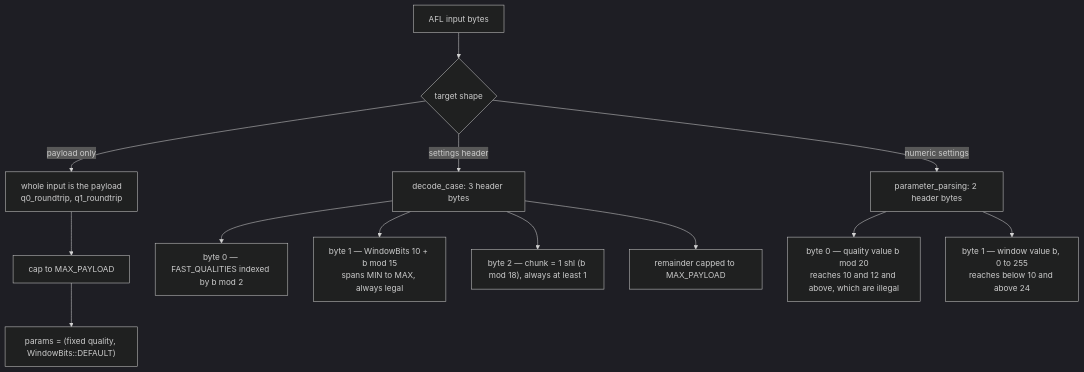
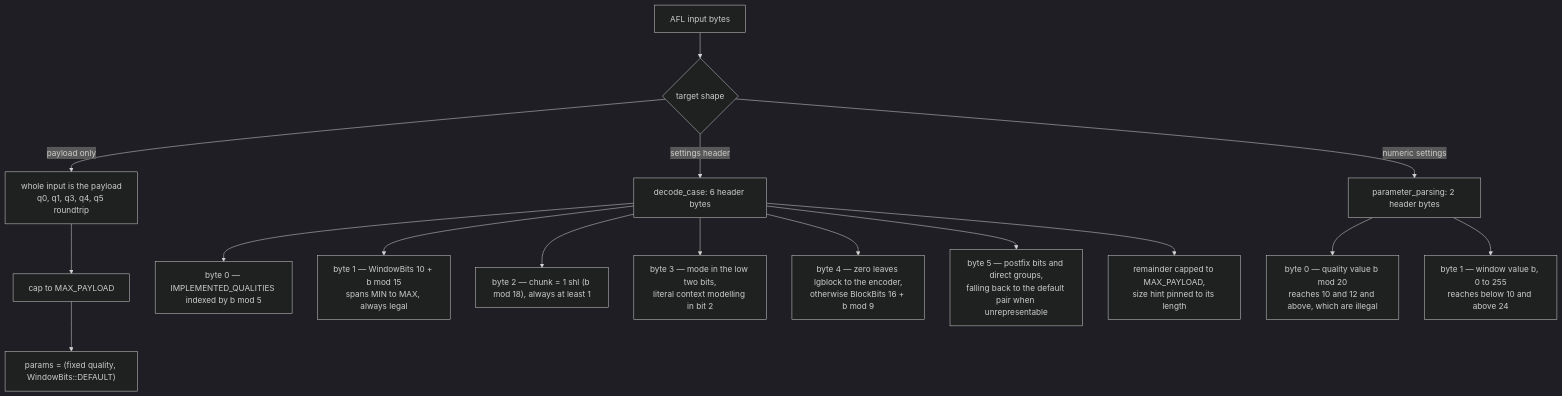
One commit to Mnwa/mbrotli changed the second of 4 diagrams in architecture/fuzzing.md. Above: the diagram before and after it, drawn with Mermaid (dark theme). The commit also changed other lines of this file and 84 other files, not shown here.

````diff
--- a/architecture/fuzzing.md
+++ b/architecture/fuzzing.md
@@ -71,18 +71,21 @@
 ```mermaid
 flowchart TD
     input["AFL input bytes"] --> shape{"target shape"}
 
-    shape -->|payload only| raw["whole input is the payload<br/>q0_roundtrip, q1_roundtrip"]
+    shape -->|payload only| raw["whole input is the payload<br/>q0, q1, q3, q4, q5 roundtrip"]
     raw --> capA["cap to MAX_PAYLOAD"]
     capA --> fixed["params = (fixed quality, WindowBits::DEFAULT)"]
 
-    shape -->|settings header| hdr["decode_case: 3 header bytes"]
-    hdr --> q["byte 0 — FAST_QUALITIES indexed by b mod 2"]
+    shape -->|settings header| hdr["decode_case: 6 header bytes"]
+    hdr --> q["byte 0 — IMPLEMENTED_QUALITIES indexed by b mod 5"]
     hdr --> w["byte 1 — WindowBits 10 + b mod 15<br/>spans MIN to MAX, always legal"]
     hdr --> c["byte 2 — chunk = 1 shl (b mod 18), always at least 1"]
-    hdr --> capB["remainder capped to MAX_PAYLOAD"]
+    hdr --> f["byte 3 — mode in the low two bits,<br/>literal context modelling in bit 2"]
+    hdr --> bl["byte 4 — zero leaves lgblock to the encoder,<br/>otherwise BlockBits 16 + b mod 9"]
+    hdr --> dc["byte 5 — postfix bits and direct groups,<br/>falling back to the default pair when unrepresentable"]
+    hdr --> capB["remainder capped to MAX_PAYLOAD,<br/>size hint pinned to its length"]
 
     shape -->|numeric settings| pp["parameter_parsing: 2 header bytes"]
     pp --> qn["byte 0 — quality value b mod 20<br/>reaches 10 and 12 and above, which are illegal"]
     pp --> wn["byte 1 — window value b, 0 to 255<br/>reaches below 10 and above 24"]
 ```
````
